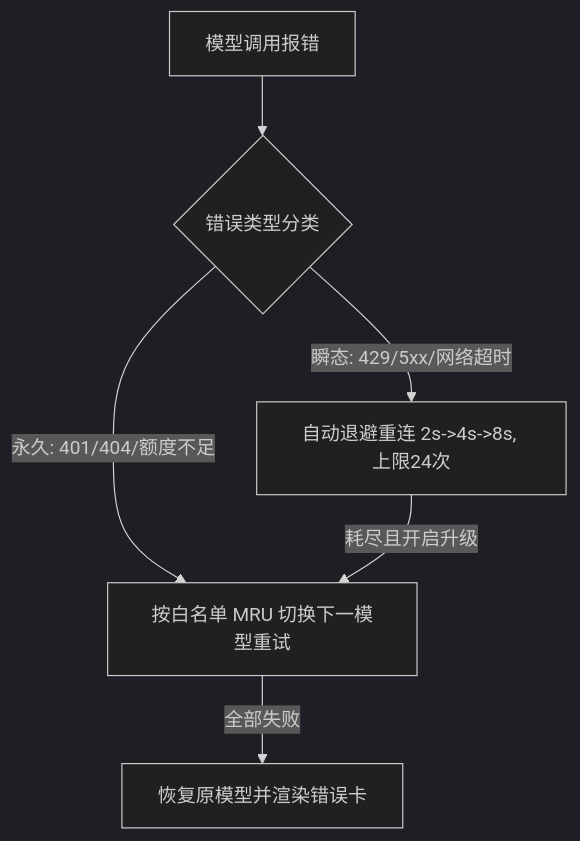
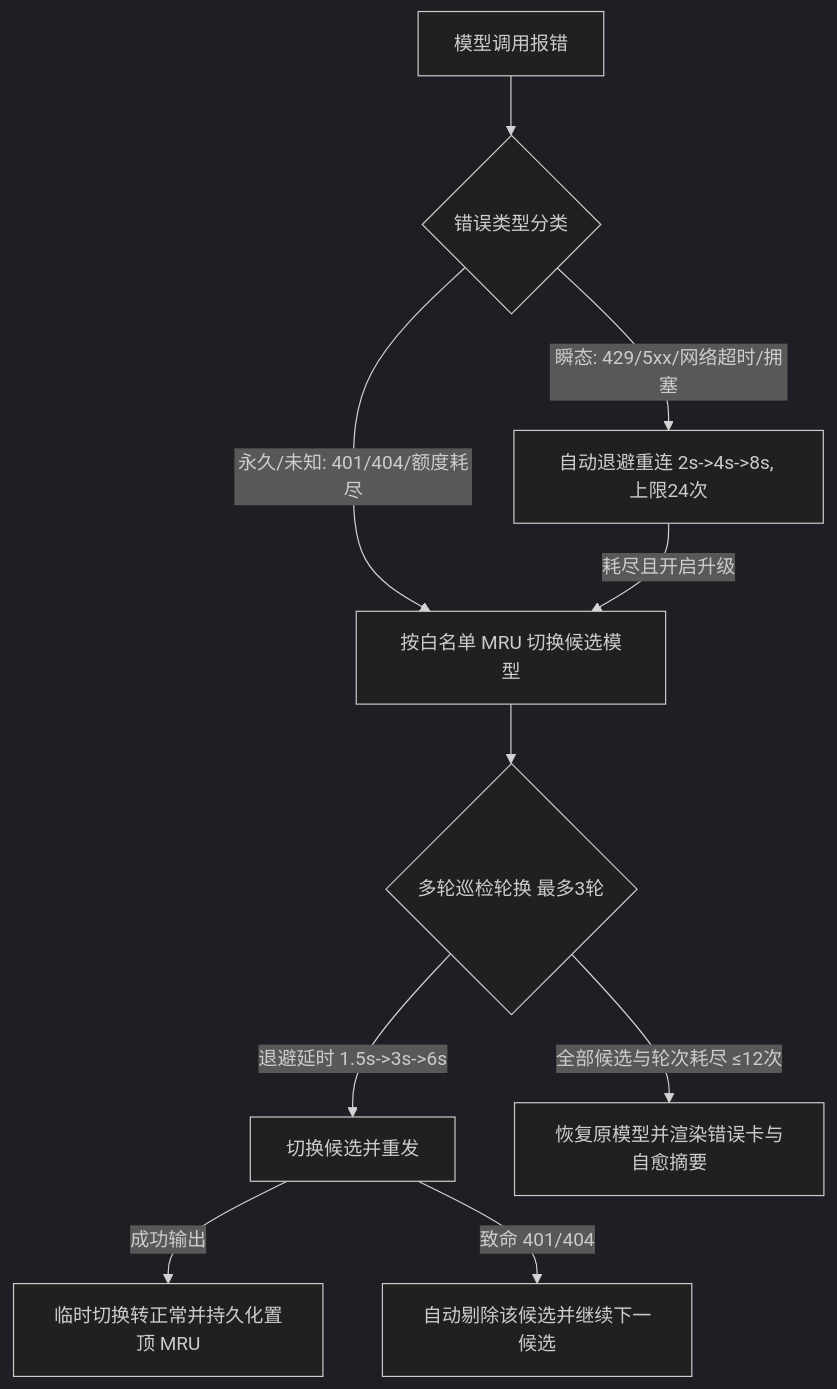
Before and after one commit to jiangyinluwei/pi-desktop-lite: the diagram in .agents/skills/flow-interaction-pattern/SKILL.md, drawn with Mermaid (dark theme). The commit also changed other lines of this file and 7 other files, not shown here.

Commit message:
feat: implement configuration service, model failover logic, and stream flow support with associated documentation

````diff
--- a/.agents/skills/flow-interaction-pattern/SKILL.md
+++ b/.agents/skills/flow-interaction-pattern/SKILL.md
@@ -150,8 +150,12 @@
 ```mermaid
 flowchart TD
     Err[模型调用报错] --> Classify{错误类型分类}
-    Classify -->|瞬态: 429/5xx/网络超时| Reconnect[自动退避重连 2s->4s->8s, 上限24次]
-    Classify -->|永久: 401/404/额度不足| Switch[按白名单 MRU 切换下一模型重试]
+    Classify -->|瞬态: 429/5xx/网络超时/拥塞| Reconnect[自动退避重连 2s->4s->8s, 上限24次]
+    Classify -->|永久/未知: 401/404/额度耗尽| Switch[按白名单 MRU 切换候选模型]
     Reconnect -- 耗尽且开启升级 --> Switch
-    Switch -- 全部失败 --> Fallback[恢复原模型并渲染错误卡]
+    Switch --> MultiCycle{多轮巡检轮换 最多3轮}
+    MultiCycle -->|退避延时 1.5s->3s->6s| TryCandidate[切换候选并重发]
+    TryCandidate -->|成功输出| Succeed[临时切换转正常并持久化置顶 MRU]
+    TryCandidate -->|致命 401/404| Prune[自动剔除该候选并继续下一候选]
+    MultiCycle -- 全部候选与轮次耗尽 ≤12次 --> Fallback[恢复原模型并渲染错误卡与自愈摘要]
 ```
````
